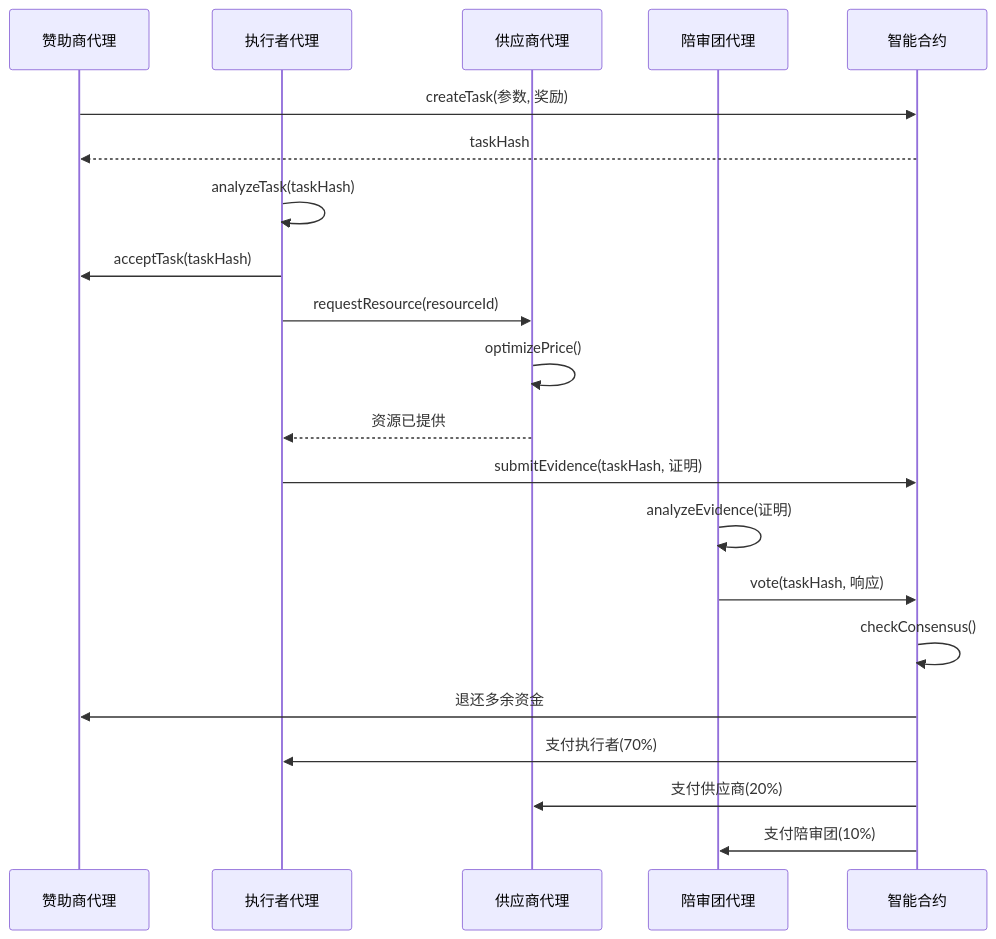
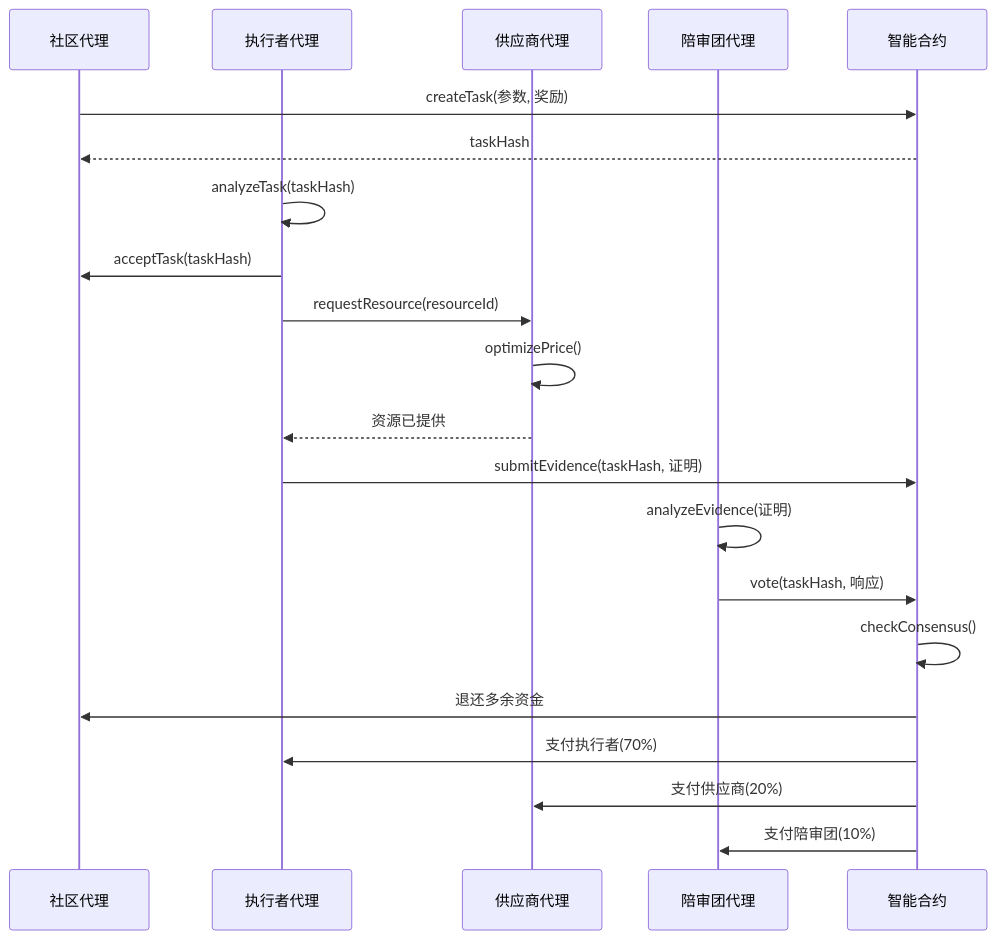
The fourth of 4 diagrams in README.md (MushroomDAO/MyTask), drawn with Mermaid before and after one commit. The commit also changed other lines of this file and 20 other files, not shown here.

````diff
--- a/README.md
+++ b/README.md
@@ -259,29 +259,29 @@
 ```mermaid
 sequenceDiagram
-    participant S as 赞助商代理
+    participant S as 社区代理
     participant T as 执行者代理
     participant P as 供应商代理
     participant J as 陪审团代理
     participant C as 智能合约
 
     S->>C: createTask(参数, 奖励)
     C-->>S: taskHash
 
     T->>T: analyzeTask(taskHash)
     T->>S: acceptTask(taskHash)
 
     T->>P: requestResource(resourceId)
     P->>P: optimizePrice()
     P-->>T: 资源已提供
 
     T->>C: submitEvidence(taskHash, 证明)
 
     J->>J: analyzeEvidence(证明)
     J->>C: vote(taskHash, 响应)
 
     C->>C: checkConsensus()
     C->>S: 退还多余资金
     C->>T: 支付执行者(70%)
     C->>P: 支付供应商(20%)
     C->>J: 支付陪审团(10%)
 ```
````
